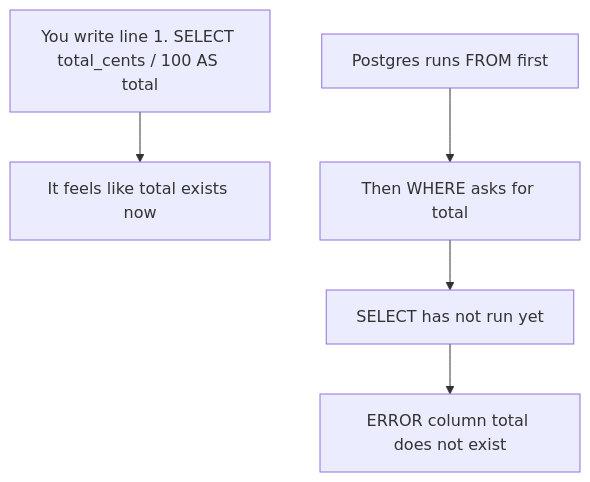
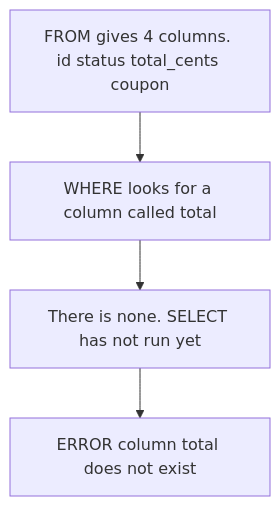
Before and after one commit to starjustice/research-material: the third of 5 diagrams in learn/database/01-sql-basics-and-query-order.md, drawn with Mermaid. The commit also changed other lines of this file and 2 other files, not shown here.

````diff
--- a/learn/database/01-sql-basics-and-query-order.md
+++ b/learn/database/01-sql-basics-and-query-order.md
@@ -55,7 +124,6 @@
 ```mermaid
 graph TB
-    A["You write line 1. SELECT total_cents / 100 AS total"] --> B["It feels like total exists now"]
-    C["Postgres runs FROM first"] --> D["Then WHERE asks for total"]
-    D --> E["SELECT has not run yet"]
-    E --> X["ERROR column total does not exist"]
+    A["FROM gives 4 columns. id status total_cents coupon"] --> B["WHERE looks for a column called total"]
+    B --> C["There is none. SELECT has not run yet"]
+    C --> X["ERROR column total does not exist"]
 ```
````
